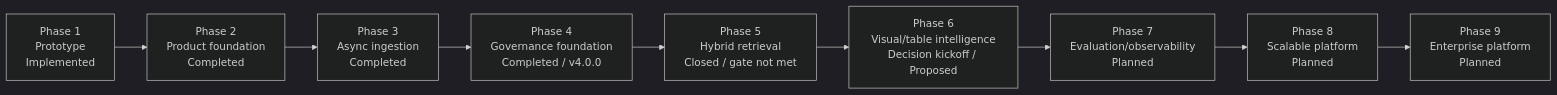
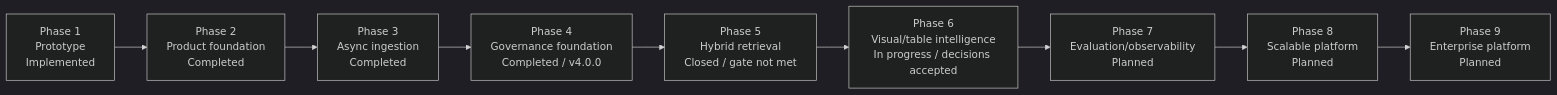
The second of 11 diagrams in mm-rag-full-stack-genai-bootcamp-3.0/docs/architecture/ARCHITECTURE.md (mvyas412/ai-projects), drawn with Mermaid (dark theme) before and after one commit. The commit also changed other lines of this file and 11 other files, not shown here.

Commit message:
docs(mm-rag): accept Phase 6 architecture decisions

````diff
--- a/mm-rag-full-stack-genai-bootcamp-3.0/docs/architecture/ARCHITECTURE.md
+++ b/mm-rag-full-stack-genai-bootcamp-3.0/docs/architecture/ARCHITECTURE.md
@@ -171,12 +172,12 @@
 ```mermaid
 flowchart LR
     p1["Phase 1<br/>Prototype<br/>Implemented"] -->
     p2["Phase 2<br/>Product foundation<br/>Completed"] -->
     p3["Phase 3<br/>Async ingestion<br/>Completed"] -->
     p4["Phase 4<br/>Governance foundation<br/>Completed / v4.0.0"] -->
     p5["Phase 5<br/>Hybrid retrieval<br/>Closed / gate not met"] -->
-    p6["Phase 6<br/>Visual/table intelligence<br/>Decision kickoff / Proposed"] -->
+    p6["Phase 6<br/>Visual/table intelligence<br/>In progress / decisions accepted"] -->
     p7["Phase 7<br/>Evaluation/observability<br/>Planned"] -->
     p8["Phase 8<br/>Scalable platform<br/>Planned"] -->
     p9["Phase 9<br/>Enterprise platform<br/>Planned"]
 ```
````
